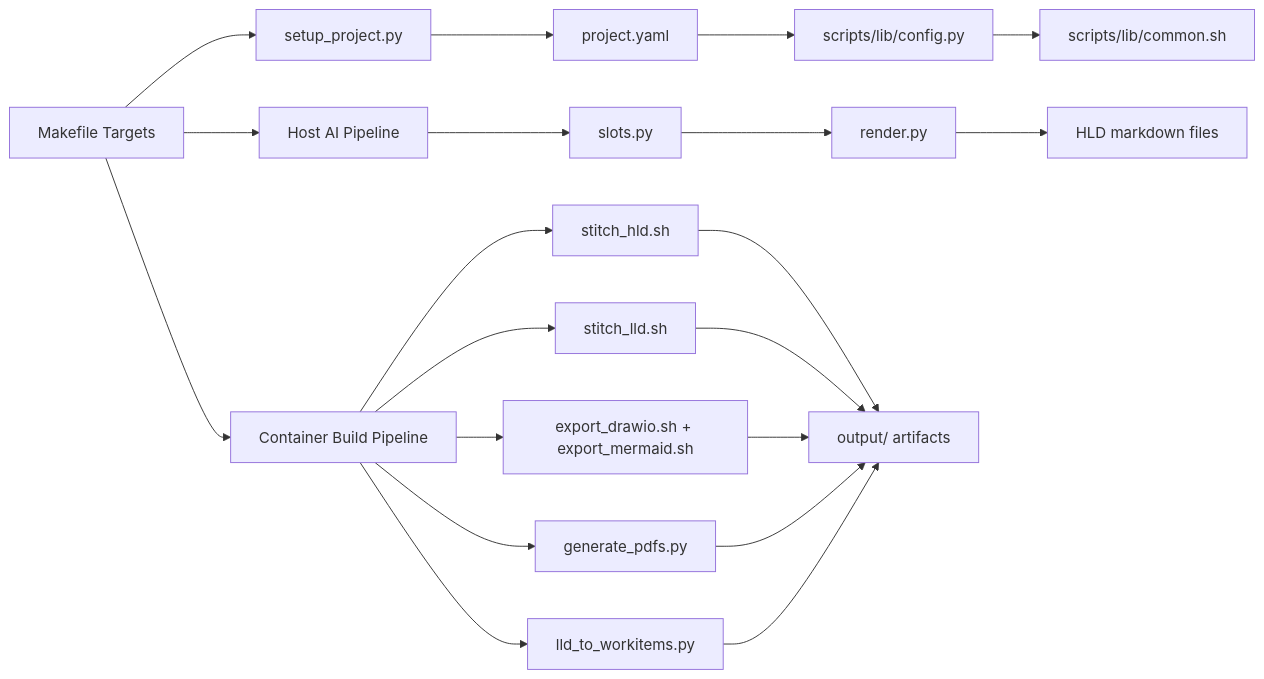
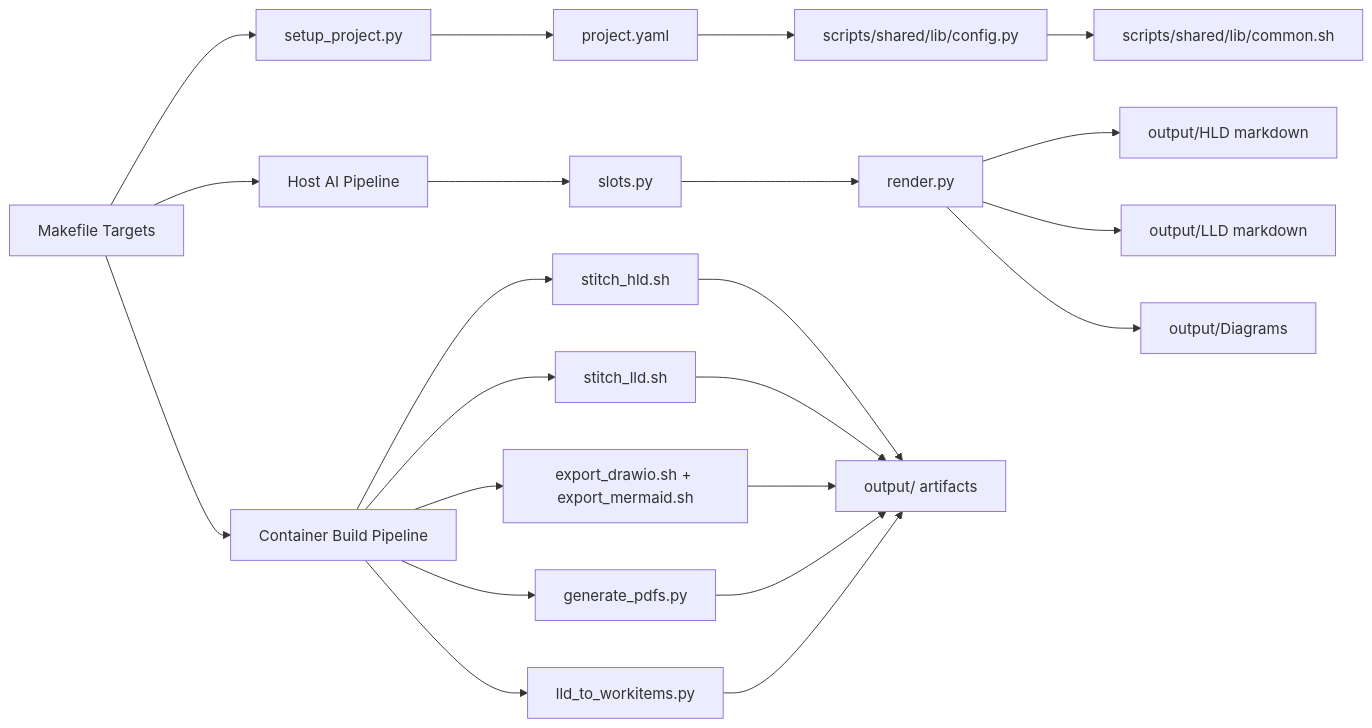
Before and after one commit to stratus-ss/arch-design-doc-generator: the first of 2 diagrams in docs/ARCHITECTURE.md, drawn with Mermaid. The commit also changed other lines of this file and 4 other files, not shown here.

````diff
--- a/docs/ARCHITECTURE.md
+++ b/docs/ARCHITECTURE.md
@@ -5,26 +5,28 @@
 ```mermaid
 flowchart LR
     Makefile[Makefile Targets] --> Setup[setup_project.py]
     Makefile --> HostAI[Host AI Pipeline]
     Makefile --> ContainerBuild[Container Build Pipeline]
 
     Setup --> ProjectYaml[project.yaml]
-    ProjectYaml --> ConfigPy[scripts/lib/config.py]
-    ConfigPy --> BashHelpers[scripts/lib/common.sh]
+    ProjectYaml --> ConfigPy[scripts/shared/lib/config.py]
+    ConfigPy --> BashHelpers[scripts/shared/lib/common.sh]
 
     HostAI --> SlotExtract[slots.py]
     SlotExtract --> Render[render.py]
-    Render --> HldMarkdown[HLD markdown files]
+    Render --> HldMarkdown[output/HLD markdown]
+    Render --> LldMarkdown[output/LLD markdown]
+    Render --> StampedDrawio[output/Diagrams]
 
     ContainerBuild --> StitchHld[stitch_hld.sh]
     ContainerBuild --> StitchLld[stitch_lld.sh]
     ContainerBuild --> ExportDiagrams[export_drawio.sh + export_mermaid.sh]
     ContainerBuild --> GeneratePdfs[generate_pdfs.py]
     ContainerBuild --> Workitems[lld_to_workitems.py]
 
     StitchHld --> OutputArtifacts[output/ artifacts]
     StitchLld --> OutputArtifacts
     ExportDiagrams --> OutputArtifacts
     GeneratePdfs --> OutputArtifacts
     Workitems --> OutputArtifacts
 ```
````
